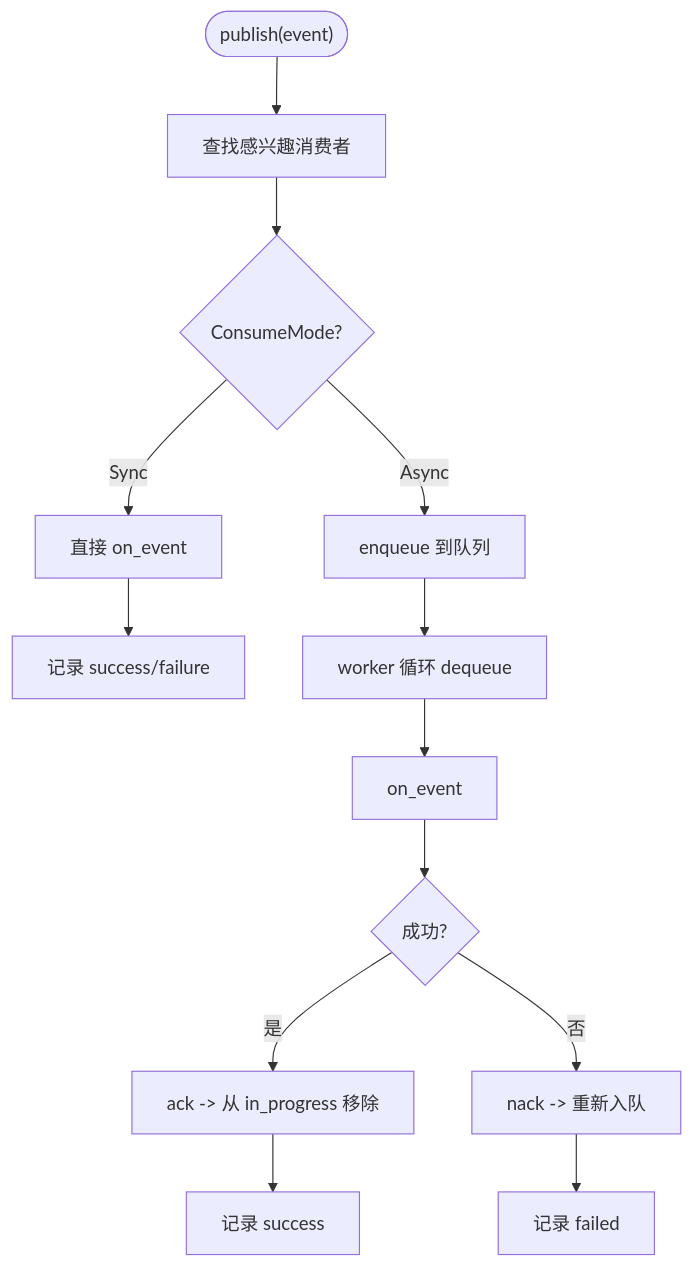
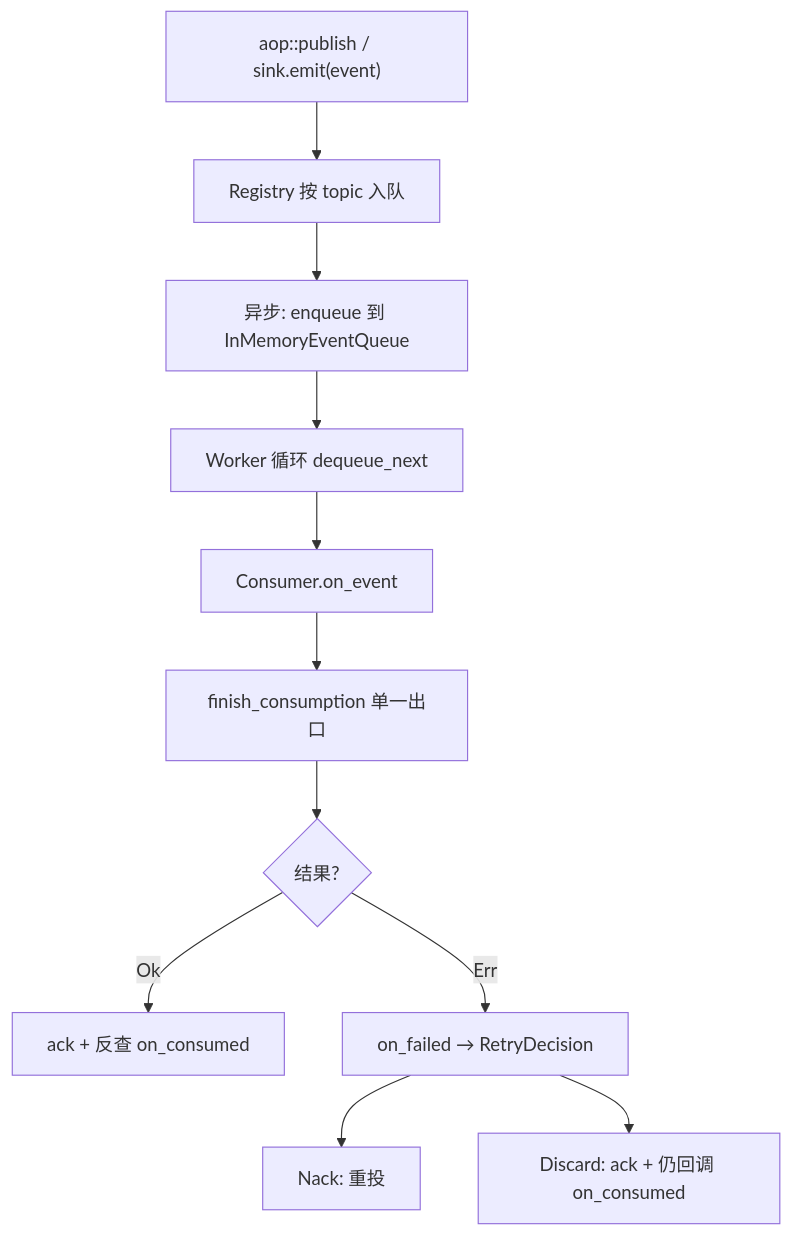
The third of 6 diagrams in docs/wiki/zh/content/核心模块/AOP 事件系统/AOP 事件系统.md (runningcoders/ai_orz), drawn with Mermaid before and after one commit. The commit also changed other lines of this file and 37 other files, not shown here.

````diff
--- a/docs/wiki/zh/content/核心模块/AOP 事件系统/AOP 事件系统.md
+++ b/docs/wiki/zh/content/核心模块/AOP 事件系统/AOP 事件系统.md
@@ -182,15 +194,13 @@
 ```mermaid
-flowchart TD
-Start(["publish(event)"]) --> Route["查找感兴趣消费者"]
-Route --> Mode{"ConsumeMode?"}
-Mode --> |Sync| SyncCall["直接 on_event"]
-Mode --> |Async| Enq["enqueue 到队列"]
-SyncCall --> HookS["记录 success/failure"]
-Enq --> WorkerLoop["worker 循环 dequeue"]
-WorkerLoop --> Consume["on_event"]
-Consume --> Ack{"成功?"}
-Ack --> |是| DoAck["ack -> 从 in_progress 移除"]
-Ack --> |否| DoNack["nack -> 重新入队"]
-DoAck --> HookOK["记录 success"]
-DoNack --> HookFail["记录 failed"]
+graph TB
+PUB["aop::publish / sink.emit(event)"] --> ROUTE["Registry 按 topic 入队"]
+ROUTE --> ASYNC["异步: enqueue 到 InMemoryEventQueue"]
+ASYNC --> WL["Worker 循环 dequeue_next"]
+WL --> CONS["Consumer.on_event"]
+CONS --> FC["finish_consumption 单一出口"]
+FC --> OK{"结果?"}
+OK --> |Ok| ACK["ack + 反查 on_consumed"]
+OK --> |Err| DEC["on_failed → RetryDecision"]
+DEC --> NACK["Nack: 重投"]
+DEC --> DISC["Discard: ack + 仍回调 on_consumed"]
 ```
````
